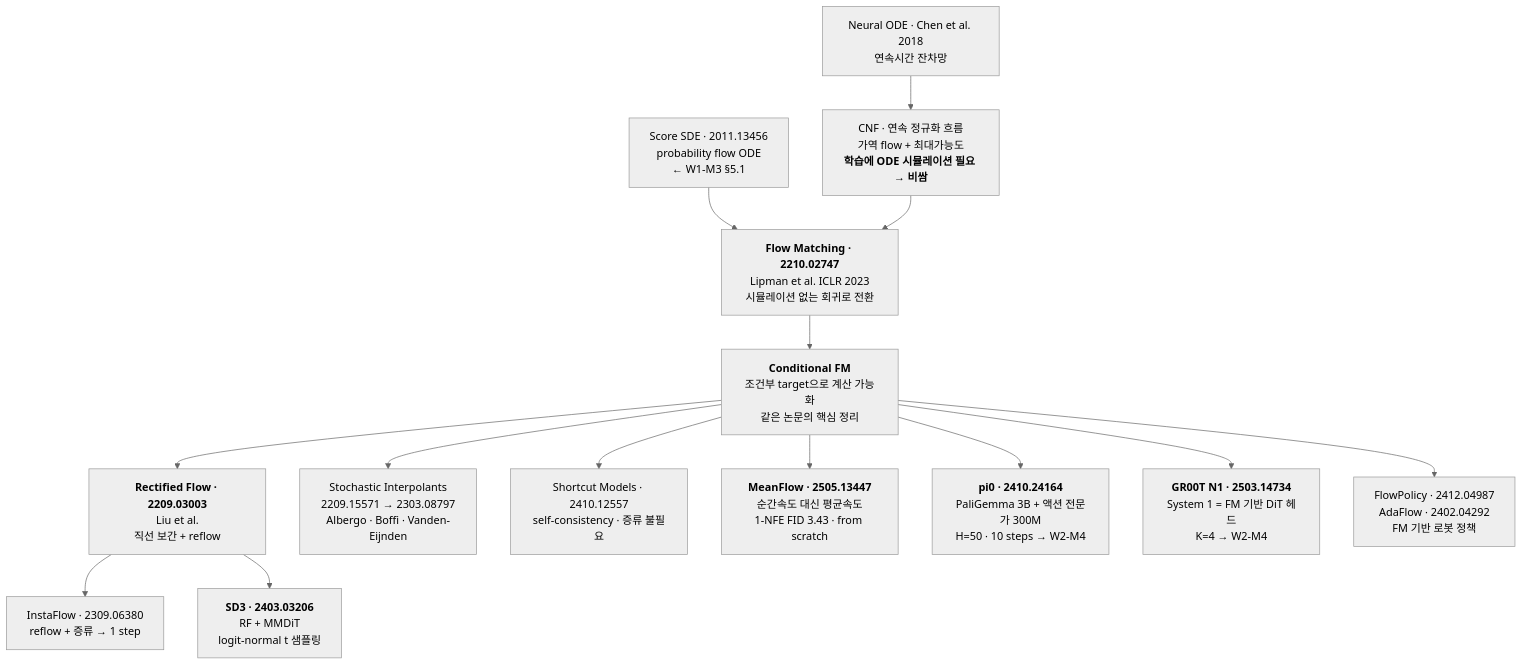
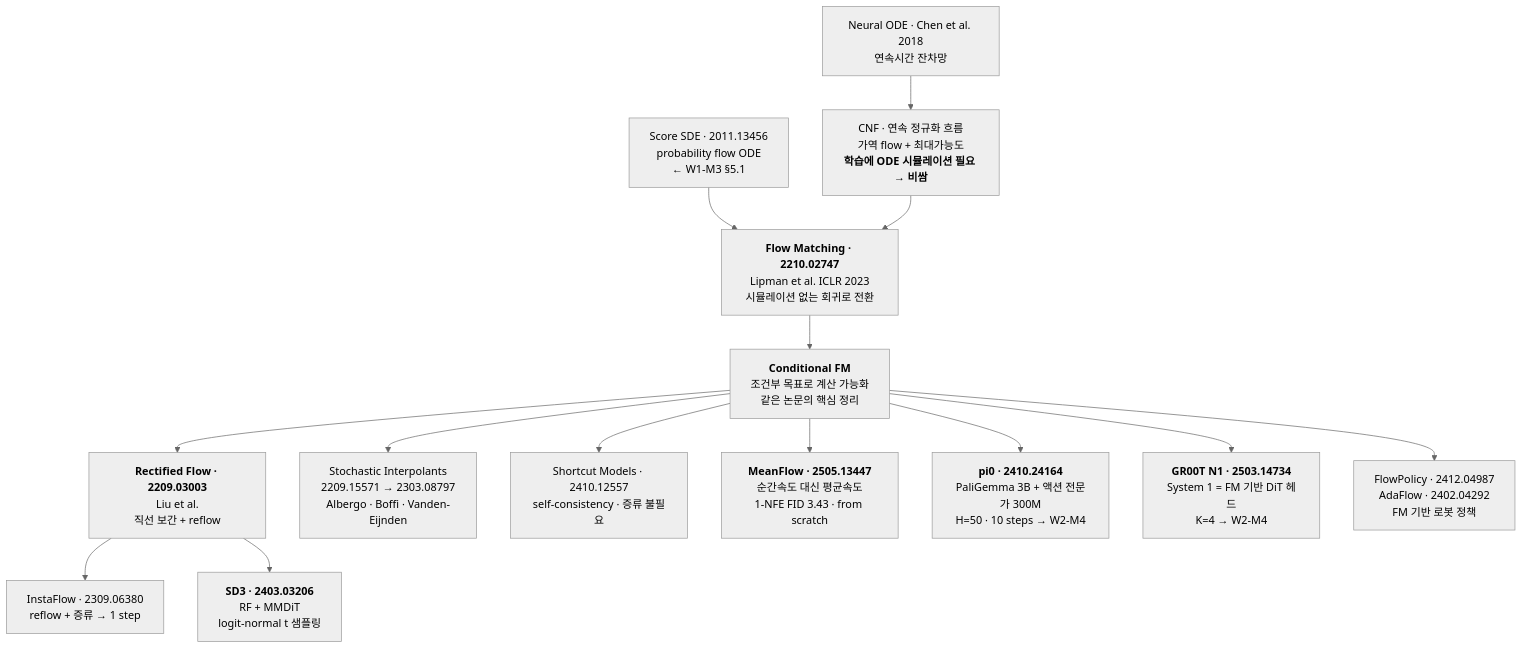
The second of 5 diagrams in course/w1-generative-core/04-flow-matching/lesson.md (sguys99/physical-ai-study), drawn with Mermaid (neutral theme) before and after one commit. The commit also changed other lines of this file and 14 other files, not shown here.

````diff
--- a/course/w1-generative-core/04-flow-matching/lesson.md
+++ b/course/w1-generative-core/04-flow-matching/lesson.md
@@ -107,16 +139,16 @@
 ```mermaid
 flowchart TB
     NODE["Neural ODE · Chen et al. 2018<br/>연속시간 잔차망"] --> CNF["CNF · 연속 정규화 흐름<br/>가역 flow + 최대가능도<br/><b>학습에 ODE 시뮬레이션 필요 → 비쌈</b>"]
     SDE["Score SDE · 2011.13456<br/>probability flow ODE<br/>← W1-M3 §5.1"] --> FM
     CNF --> FM["<b>Flow Matching · 2210.02747</b><br/>Lipman et al. ICLR 2023<br/>시뮬레이션 없는 회귀로 전환"]
-    FM --> CFM["<b>Conditional FM</b><br/>조건부 target으로 계산 가능화<br/>같은 논문의 핵심 정리"]
+    FM --> CFM["<b>Conditional FM</b><br/>조건부 목표로 계산 가능화<br/>같은 논문의 핵심 정리"]
     CFM --> RF["<b>Rectified Flow · 2209.03003</b><br/>Liu et al.<br/>직선 보간 + reflow"]
     CFM --> SI["Stochastic Interpolants<br/>2209.15571 → 2303.08797<br/>Albergo · Boffi · Vanden-Eijnden"]
     RF --> INSTA["InstaFlow · 2309.06380<br/>reflow + 증류 → 1 step"]
     RF --> SD3["<b>SD3 · 2403.03206</b><br/>RF + MMDiT<br/>logit-normal t 샘플링"]
     CFM --> SHORT["Shortcut Models · 2410.12557<br/>self-consistency · 증류 불필요"]
     CFM --> MEAN["<b>MeanFlow · 2505.13447</b><br/>순간속도 대신 평균속도<br/>1-NFE FID 3.43 · from scratch"]
     CFM --> PI0["<b>pi0 · 2410.24164</b><br/>PaliGemma 3B + 액션 전문가 300M<br/>H=50 · 10 steps → W2-M4"]
     CFM --> GROOT["<b>GR00T N1 · 2503.14734</b><br/>System 1 = FM 기반 DiT 헤드<br/>K=4 → W2-M4"]
     CFM --> ROBO["FlowPolicy · 2412.04987<br/>AdaFlow · 2402.04292<br/>FM 기반 로봇 정책"]
 ```
````
